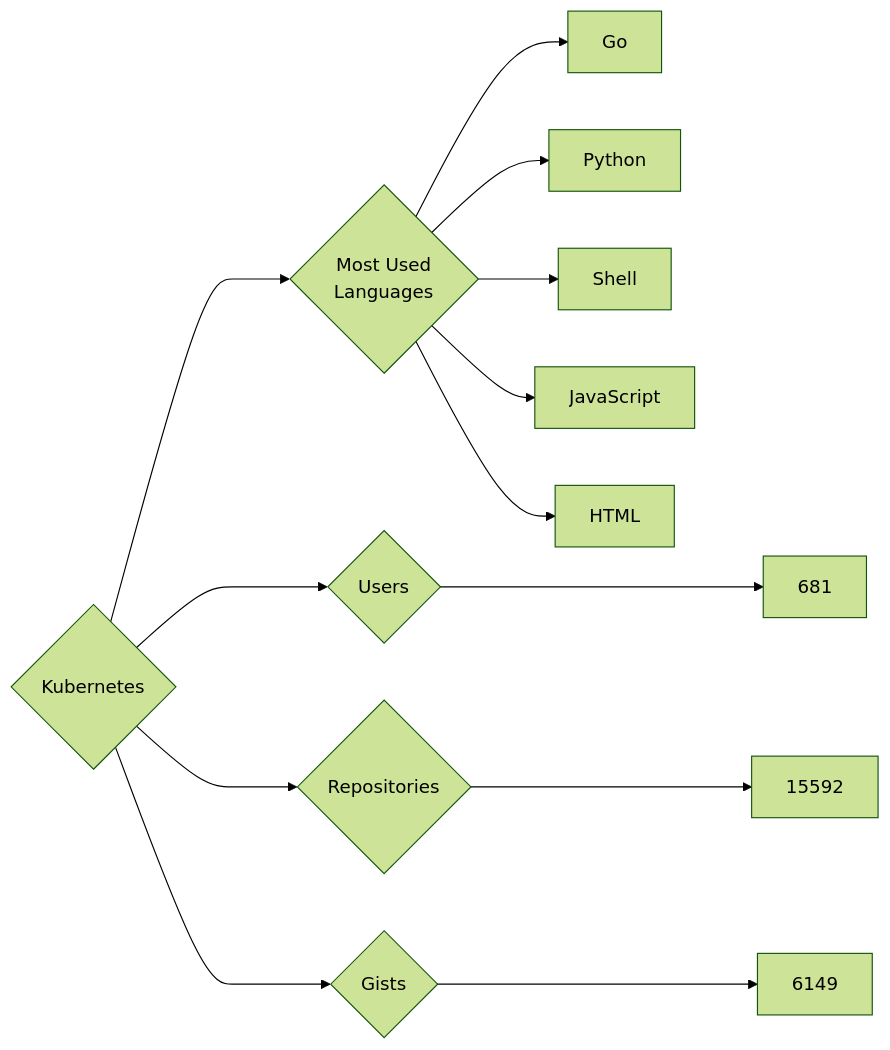
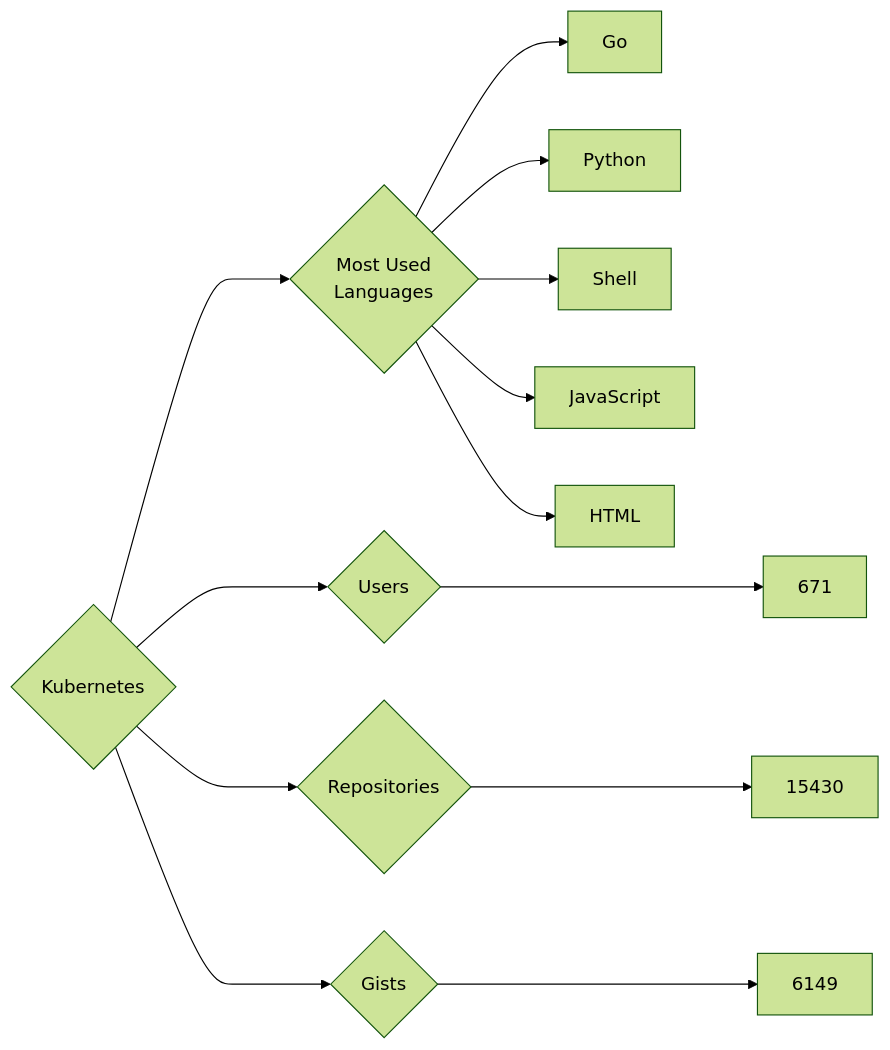
One commit to trickest/insiders changed the diagram in targets/Kubernetes/README.md. Above: the diagram before and after it, drawn with Mermaid (forest theme). The commit also changed 757 other files, not shown here.

````diff
--- a/targets/Kubernetes/README.md
+++ b/targets/Kubernetes/README.md
@@ -3,13 +3,13 @@
 ```mermaid
 graph LR
 COMPANY_NAME{Kubernetes}
-COMPANY_NAME ---> U{Users} ---> UN[681]
-COMPANY_NAME ---> R{Repositories} ---> RN[15592]
+COMPANY_NAME ---> U{Users} ---> UN[671]
+COMPANY_NAME ---> R{Repositories} ---> RN[15430]
 COMPANY_NAME ---> G{Gists} ---> GN[6149]
 COMPANY_NAME ---> ML{Most Used<br>Languages}
 ML --> Go[Go]
 ML --> Python[Python]
 ML --> Shell[Shell]
 ML --> JavaScript[JavaScript]
 ML --> HTML[HTML]
 ```
````
